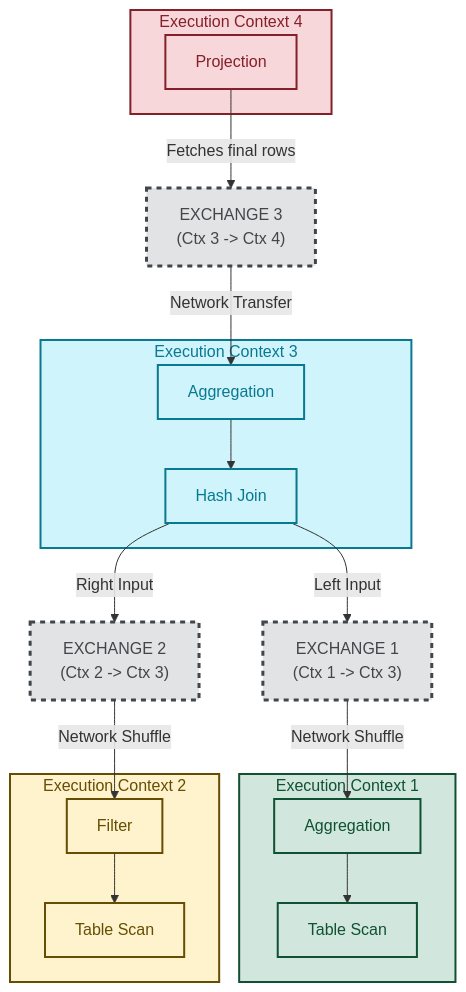
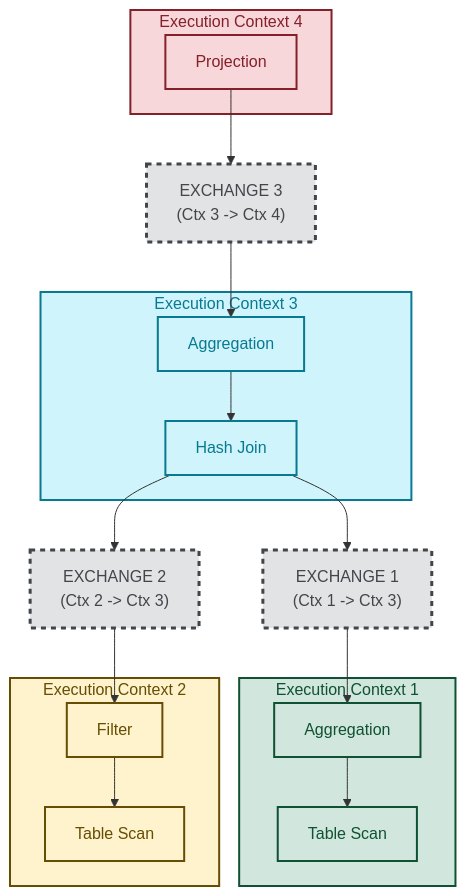
One commit to XwanXuanX/concrete-nonsense changed the diagram in QUERYEVAL/architecture/exchange-operator.md. Above: the diagram before and after it, drawn with Mermaid. The commit also changed other lines of this file, not shown here.

````diff
--- a/QUERYEVAL/architecture/exchange-operator.md
+++ b/QUERYEVAL/architecture/exchange-operator.md
@@ -60,75 +62,75 @@
 ```mermaid
 graph TD
     %% Define Context Styling
     classDef context1 fill:#d1e7dd,stroke:#0f5132,stroke-width:2px,color:#0f5132;
     classDef context2 fill:#fff3cd,stroke:#664d03,stroke-width:2px,color:#664d03;
     classDef context3 fill:#cff4fc,stroke:#087990,stroke-width:2px,color:#087990;
     classDef context4 fill:#f8d7da,stroke:#842029,stroke-width:2px,color:#842029;
     classDef exchange fill:#e2e3e5,stroke:#41464b,stroke-width:3px,stroke-dasharray: 5 5,color:#41464b;
 
     %% ==========================================
     %% EXECUTION CONTEXT 4
     %% ==========================================
     subgraph C4 [Execution Context 4]
         Op9[Projection]
     end
     class C4,Op9 context4;
 
     %% ==========================================
     %% EXCHANGE 3
     %% ==========================================
     Ex3["EXCHANGE 3 <br> (Ctx 3 -> Ctx 4)"]
     class Ex3 exchange;
 
     %% ==========================================
     %% EXECUTION CONTEXT 3
     %% ==========================================
     subgraph C3 [Execution Context 3]
         Op8[Aggregation]
         Op7[Hash Join]
         
         Op8 --> Op7
     end
     class C3,Op8,Op7 context3;
 
     %% ==========================================
     %% EXCHANGES 1 & 2
     %% ==========================================
     Ex1["EXCHANGE 1 <br> (Ctx 1 -> Ctx 3)"]
     Ex2["EXCHANGE 2 <br> (Ctx 2 -> Ctx 3)"]
     class Ex1,Ex2 exchange;
 
     %% ==========================================
     %% EXECUTION CONTEXT 1
     %% ==========================================
     subgraph C1 [Execution Context 1]
         Op4[Aggregation]
         Op3[Table Scan]
         
         Op4 --> Op3
     end
     class C1,Op4,Op3 context1;
 
     %% ==========================================
     %% EXECUTION CONTEXT 2
     %% ==========================================
     subgraph C2 [Execution Context 2]
         Op2[Filter]
         Op1[Table Scan]
         
         Op2 --> Op1
     end
     class C2,Op2,Op1 context2;
 
     %% ==========================================
     %% CONNECTIONS (Data Flow)
     %% ==========================================
-    Op9 -->|Fetches final rows| Ex3
-    Ex3 -->|Network Transfer| Op8
+    Op9 --> Ex3
+    Ex3 --> Op8
     
-    Op7 -->|Left Input| Ex1
-    Op7 -->|Right Input| Ex2
+    Op7 --> Ex1
+    Op7 --> Ex2
     
-    Ex1 -->|Network Shuffle| Op4
-    Ex2 -->|Network Shuffle| Op2
+    Ex1 --> Op4
+    Ex2 --> Op2
 ```
````
